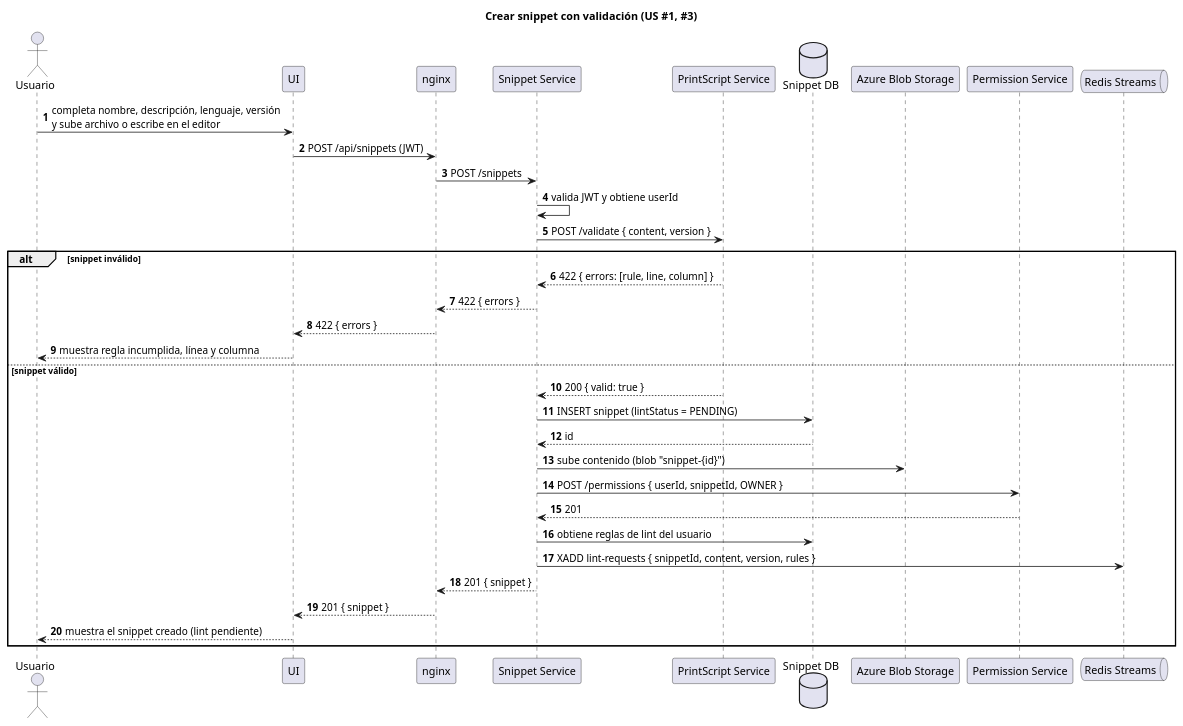
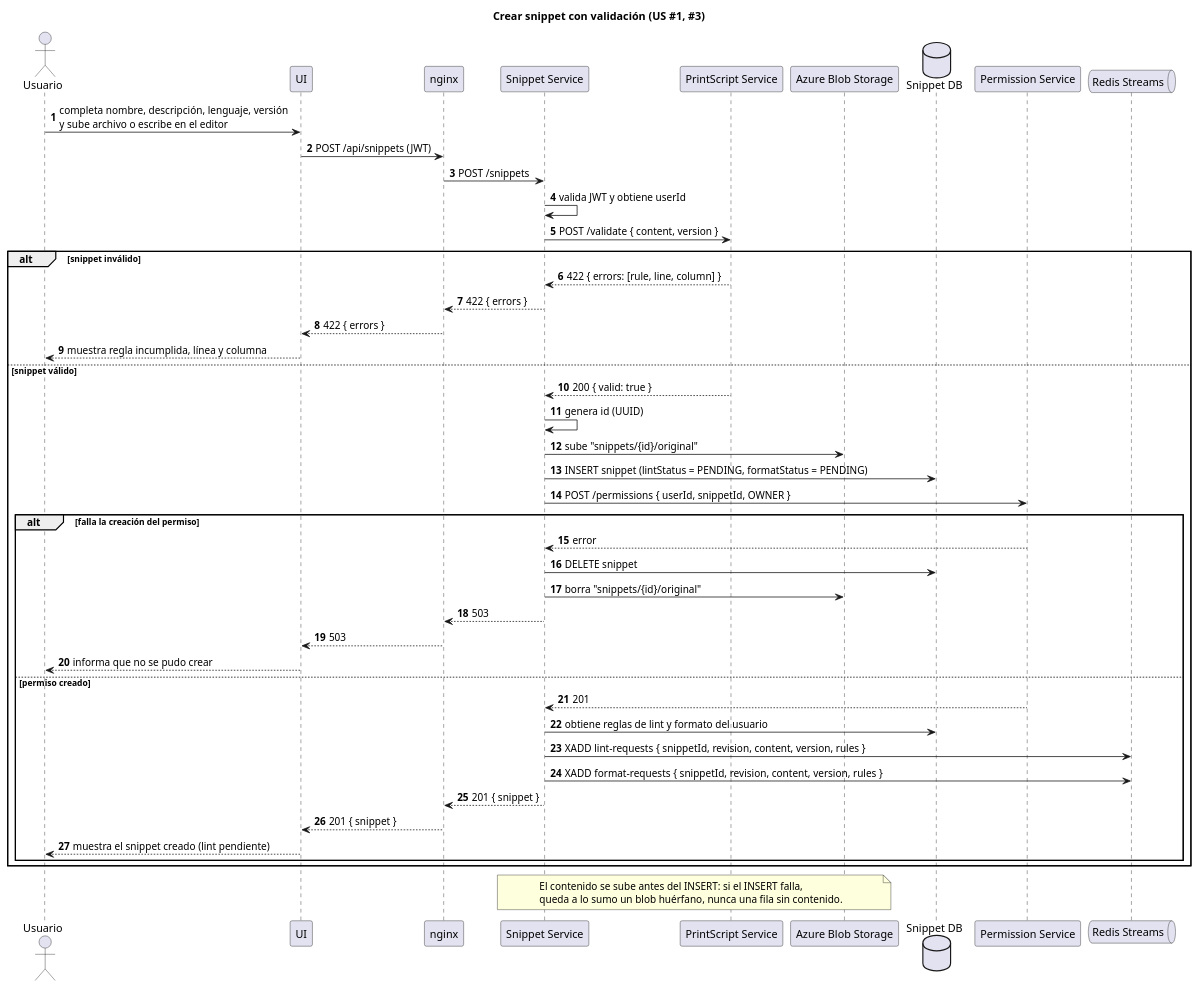
One commit to ing-sis-grupo10/snippet-searcher-infra changed the diagram in docs/sequence/01-create-snippet.puml. Above: the diagram before and after it, drawn with PlantUML. The commit also changed 13 other files, not shown here.

```diff
--- a/docs/sequence/01-create-snippet.puml
+++ b/docs/sequence/01-create-snippet.puml
@@ -1,44 +1,60 @@
 @startuml 01-create-snippet
 title Crear snippet con validación (US #1, #3)
 autonumber
 
 actor "Usuario" as user
 participant "UI" as ui
 participant "nginx" as nginx
 participant "Snippet Service" as snippet
 participant "PrintScript Service" as runner
+participant "Azure Blob Storage" as assets
 database "Snippet DB" as sdb
-participant "Azure Blob Storage" as assets
 participant "Permission Service" as perm
 queue "Redis Streams" as redis
 
 user -> ui : completa nombre, descripción, lenguaje, versión\ny sube archivo o escribe en el editor
 ui -> nginx : POST /api/snippets (JWT)
 nginx -> snippet : POST /snippets
 snippet -> snippet : valida JWT y obtiene userId
 
 snippet -> runner : POST /validate { content, version }
 
 alt snippet inválido
     runner --> snippet : 422 { errors: [rule, line, column] }
     snippet --> nginx : 422 { errors }
     nginx --> ui : 422 { errors }
     ui --> user : muestra regla incumplida, línea y columna
 else snippet válido
     runner --> snippet : 200 { valid: true }
 
-    snippet -> sdb : INSERT snippet (lintStatus = PENDING)
-    sdb --> snippet : id
-    snippet -> assets : sube contenido (blob "snippet-{id}")
+    snippet -> snippet : genera id (UUID)
+    snippet -> assets : sube "snippets/{id}/original"
+    snippet -> sdb : INSERT snippet (lintStatus = PENDING, formatStatus = PENDING)
     snippet -> perm : POST /permissions { userId, snippetId, OWNER }
-    perm --> snippet : 201
 
-    snippet -> sdb : obtiene reglas de lint del usuario
-    snippet -> redis : XADD lint-requests { snippetId, content, version, rules }
+    alt falla la creación del permiso
+        perm --> snippet : error
+        snippet -> sdb : DELETE snippet
+        snippet -> assets : borra "snippets/{id}/original"
+        snippet --> nginx : 503
+        nginx --> ui : 503
+        ui --> user : informa que no se pudo crear
+    else permiso creado
+        perm --> snippet : 201
 
-    snippet --> nginx : 201 { snippet }
-    nginx --> ui : 201 { snippet }
-    ui --> user : muestra el snippet creado (lint pendiente)
+        snippet -> sdb : obtiene reglas de lint y formato del usuario
+        snippet -> redis : XADD lint-requests { snippetId, revision, content, version, rules }
+        snippet -> redis : XADD format-requests { snippetId, revision, content, version, rules }
+
+        snippet --> nginx : 201 { snippet }
+        nginx --> ui : 201 { snippet }
+        ui --> user : muestra el snippet creado (lint pendiente)
+    end
 end
 
+note over snippet, assets
+  El contenido se sube antes del INSERT: si el INSERT falla,
+  queda a lo sumo un blob huérfano, nunca una fila sin contenido.
+end note
+
 @enduml
```
